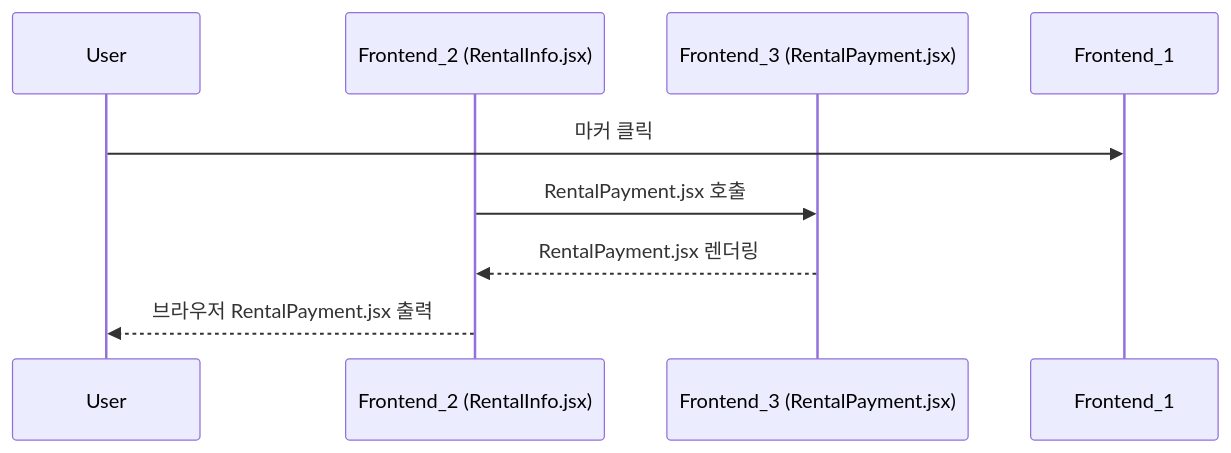
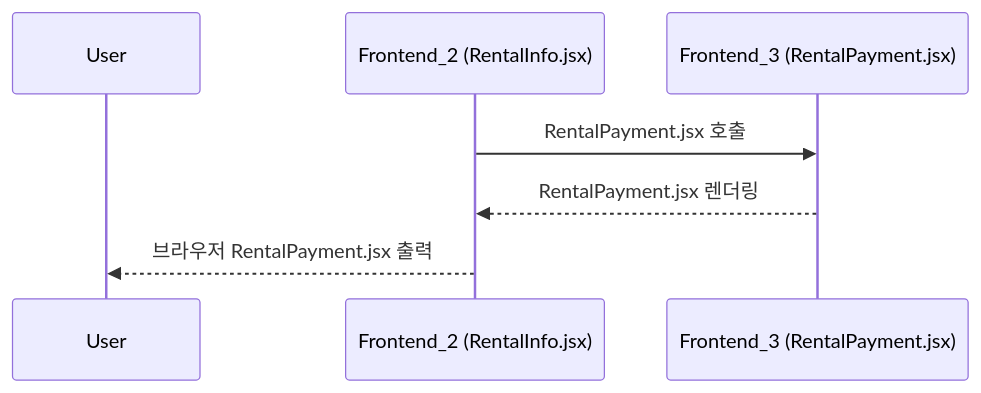
One commit to KwonYongBin/bicycle-app changed the third of 4 diagrams in Rental.md. Above: the diagram before and after it, drawn with Mermaid. The commit also changed other lines of this file, not shown here.

````diff
--- a/Rental.md
+++ b/Rental.md
@@ -39,11 +39,10 @@
 ```mermaid
     sequenceDiagram
         participant User
         participant Frontend_2 as Frontend_2 (RentalInfo.jsx)
         participant Frontend_3 as Frontend_3 (RentalPayment.jsx)
 
-        User ->> Frontend_1: 마커 클릭
         Frontend_2 ->> Frontend_3: RentalPayment.jsx 호출
         Frontend_3 -->> Frontend_2: RentalPayment.jsx 렌더링
         Frontend_2 -->> User: 브라우저 RentalPayment.jsx 출력
 ```
````
